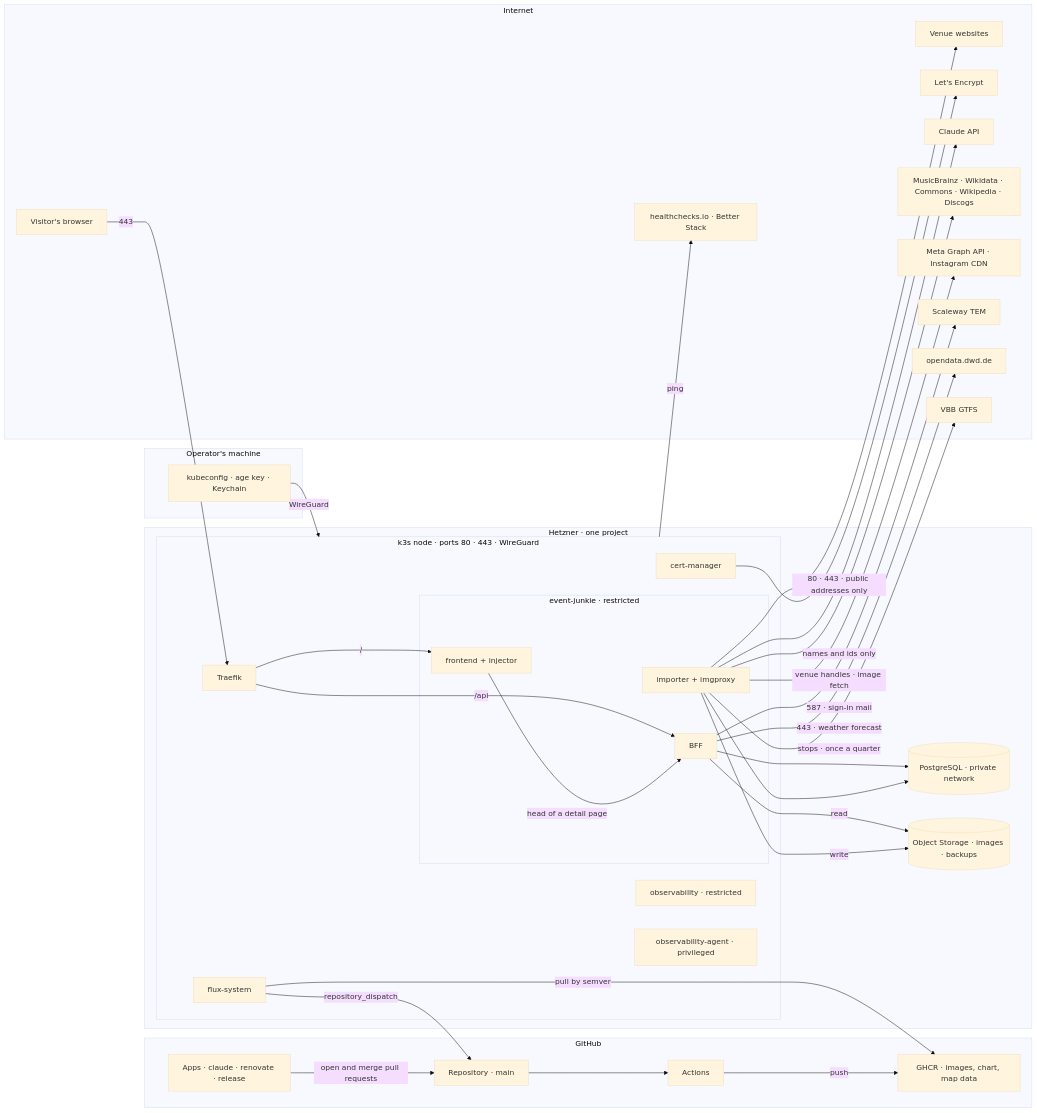
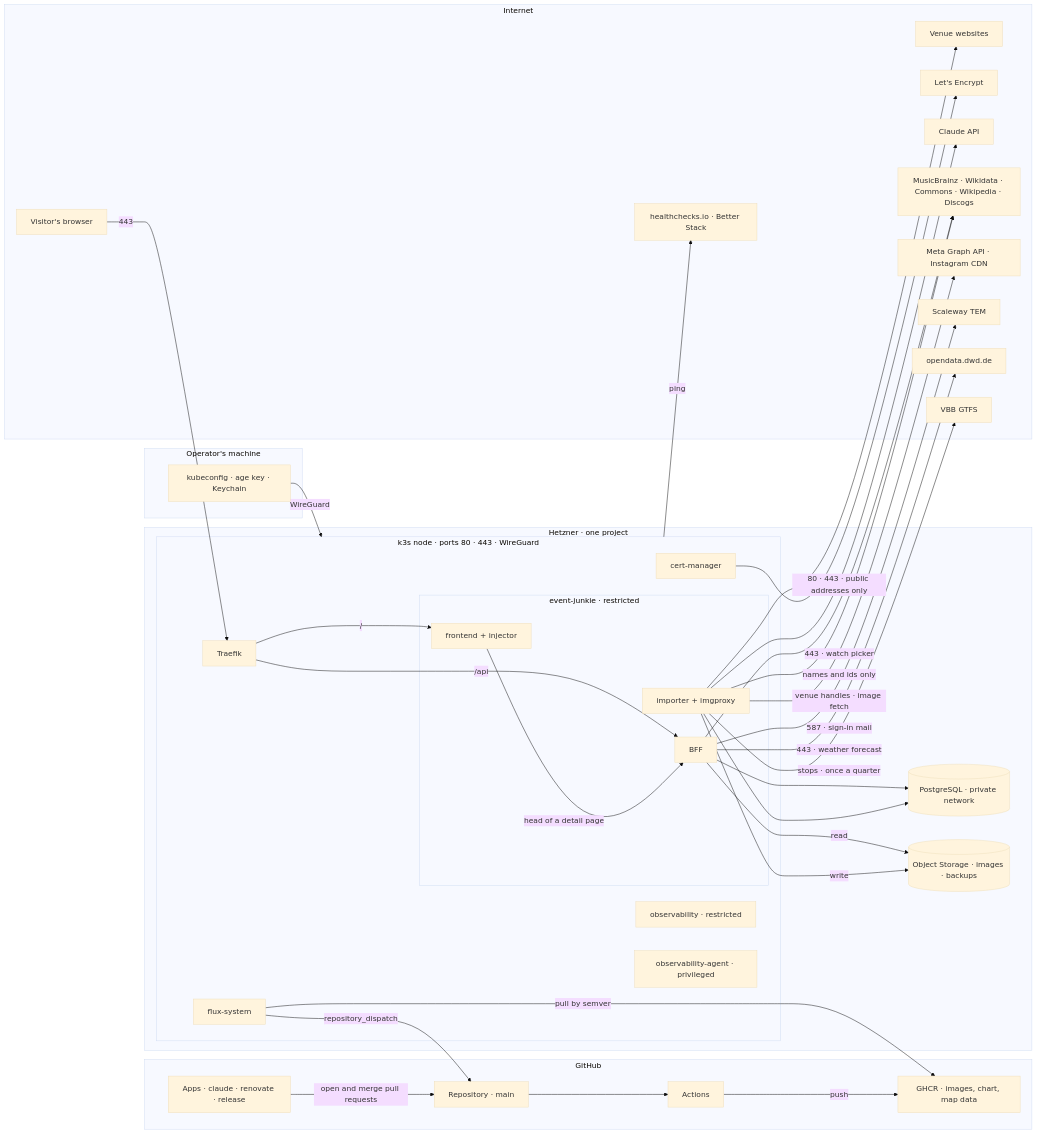
One commit to enorm-labs/event-junkie changed the diagram in docs/security/THREAT_MODEL.md. Above: the diagram before and after it, drawn with Mermaid (base theme). The commit also changed other lines of this file, not shown here.

First line of the commit message:
docs(security): give the BFF's MusicBrainz call a row in the threat model

````diff
--- a/docs/security/THREAT_MODEL.md
+++ b/docs/security/THREAT_MODEL.md
@@ -27,67 +27,68 @@
 ```mermaid
 flowchart LR
     subgraph internet["Internet"]
         visitor["Visitor's browser"]
         venue["Venue websites"]
         le["Let's Encrypt"]
         claude["Claude API"]
         wiki["MusicBrainz · Wikidata · Commons · Wikipedia · Discogs"]
         meta["Meta Graph API · Instagram CDN"]
         ext["healthchecks.io · Better Stack"]
         tem["Scaleway TEM"]
         dwd["opendata.dwd.de"]
         vbb["VBB GTFS"]
     end
 
     subgraph github["GitHub"]
         repo["Repository · main"]
         actions["Actions"]
         ghcr["GHCR · images, chart, map data"]
         apps["Apps · claude · renovate · release"]
     end
 
     subgraph operator["Operator's machine"]
         kubeconfig["kubeconfig · age key · Keychain"]
     end
 
     subgraph hetzner["Hetzner · one project"]
         subgraph node["k3s node · ports 80 · 443 · WireGuard"]
             traefik["Traefik"]
             subgraph ns["event-junkie · restricted"]
                 frontend["frontend + injector"]
                 bff["BFF"]
                 importer["importer + imgproxy"]
             end
             flux["flux-system"]
             certmgr["cert-manager"]
             obs["observability · restricted"]
             agent["observability-agent · privileged"]
         end
         pg[("PostgreSQL · private network")]
         s3[("Object Storage · images · backups")]
     end
 
     visitor -->|"443"| traefik
     traefik -->|"/"| frontend
     traefik -->|"/api"| bff
     frontend -->|"head of a detail page"| bff
     bff --> pg
     bff -->|"read"| s3
     bff -->|"587 · sign-in mail"| tem
     bff -->|"443 · weather forecast"| dwd
+    bff -->|"443 · watch picker"| wiki
     importer -->|"80 · 443 · public addresses only"| venue
     importer --> claude
     importer -->|"names and ids only"| wiki
     importer -->|"venue handles · image fetch"| meta
     importer -->|"stops · once a quarter"| vbb
     importer --> pg
     importer -->|"write"| s3
     certmgr --> le
     flux -->|"pull by semver"| ghcr
     flux -->|"repository_dispatch"| repo
     node -->|"ping"| ext
     repo --> actions
     actions -->|"push"| ghcr
     apps -->|"open and merge pull requests"| repo
     kubeconfig -->|"WireGuard"| node
 ```
````
